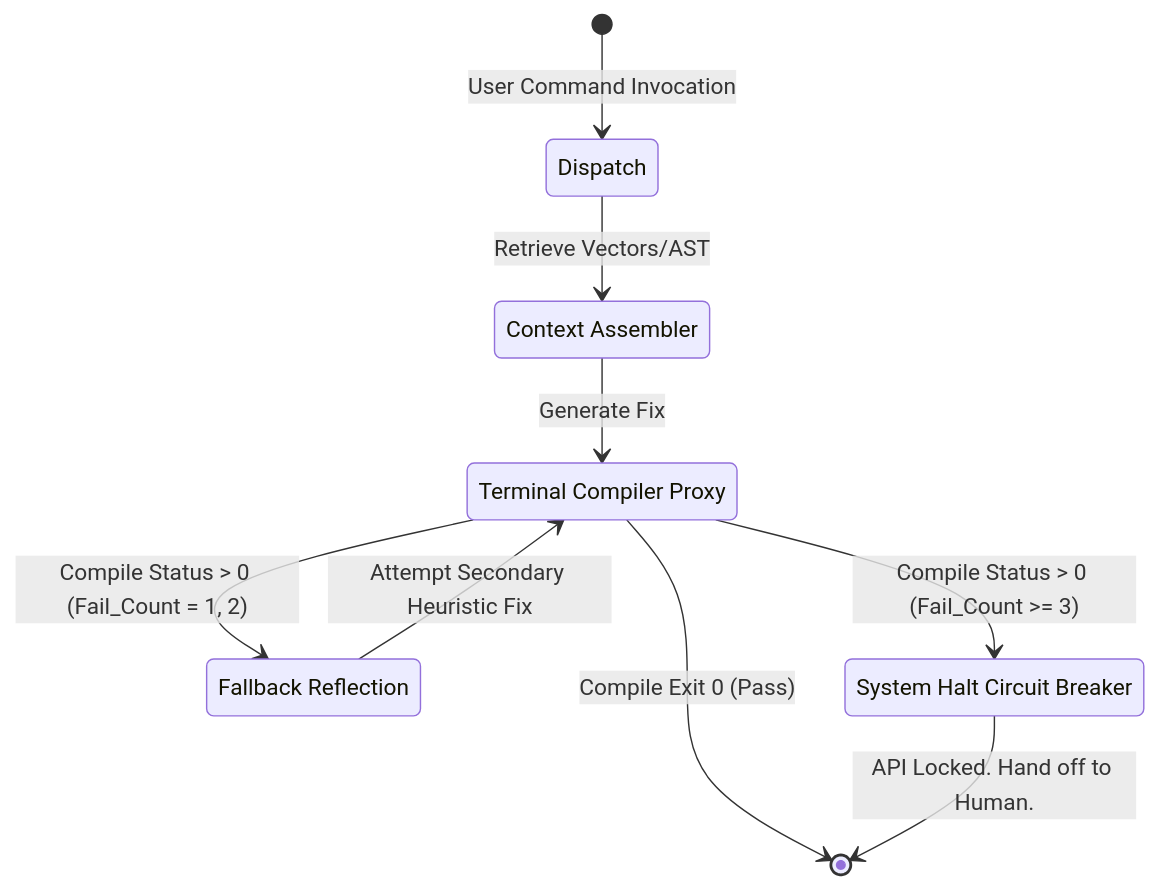
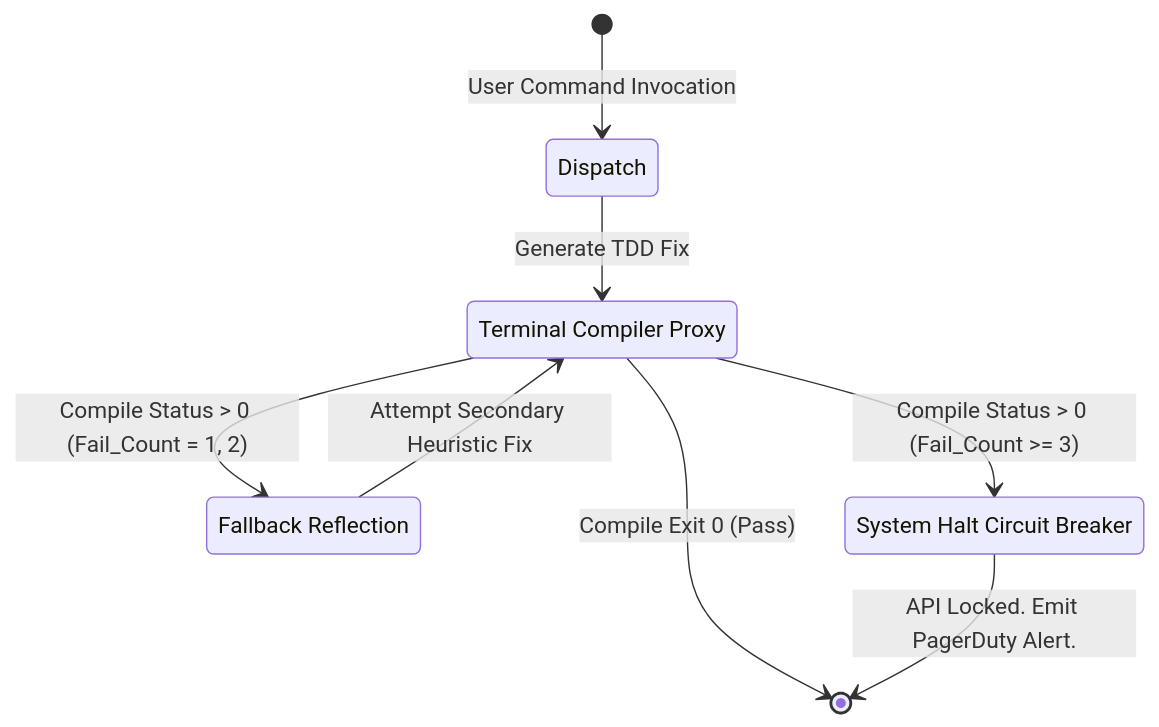
One commit to huudangdev/.agents changed the third of 4 diagrams in ENTERPRISE_ARCHITECTURE.md. Above: the diagram before and after it, drawn with Mermaid. The commit also changed other lines of this file, not shown here.

````diff
--- a/ENTERPRISE_ARCHITECTURE.md
+++ b/ENTERPRISE_ARCHITECTURE.md
@@ -152,20 +117,17 @@
 ```mermaid
 stateDiagram-v2
     [*] --> Dispatch: User Command Invocation
     
-    state "Context Assembler" as Context
     state "Terminal Compiler Proxy" as Compiler
     state "Fallback Reflection" as Reflection
     state "System Halt Circuit Breaker" as Lockout
     
-    Dispatch --> Context: Retrieve Vectors/AST
-    Context --> Compiler: Generate Fix
-    
+    Dispatch --> Compiler: Generate TDD Fix
     Compiler --> [*]: Compile Exit 0 (Pass)
     
     Compiler --> Reflection: Compile Status > 0 (Fail_Count = 1, 2)
     Reflection --> Compiler: Attempt Secondary Heuristic Fix
     
     Compiler --> Lockout: Compile Status > 0 (Fail_Count >= 3)
-    Lockout --> [*]: API Locked. Hand off to Human.
+    Lockout --> [*]: API Locked. Emit PagerDuty Alert.
 ```
````
